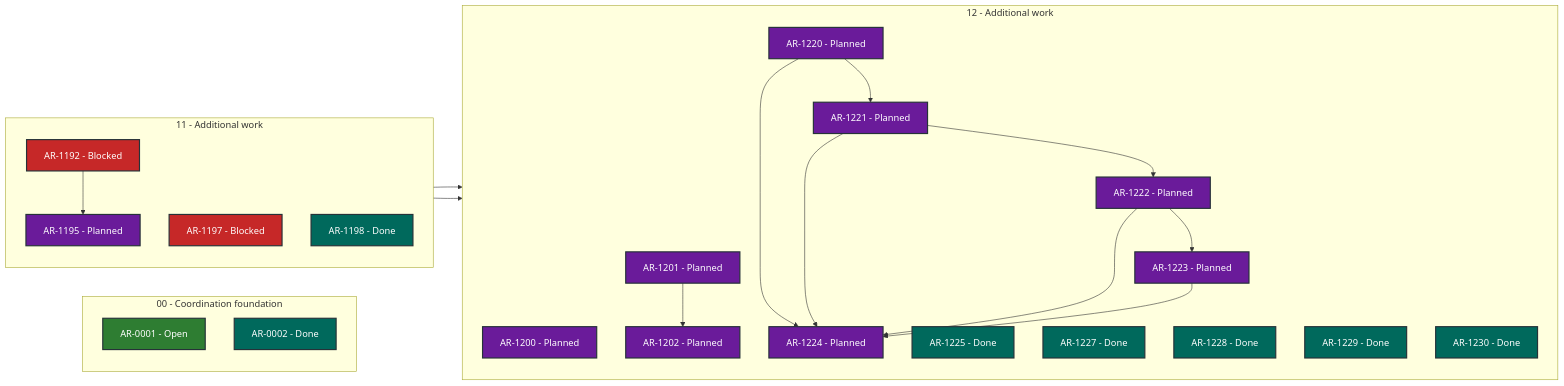
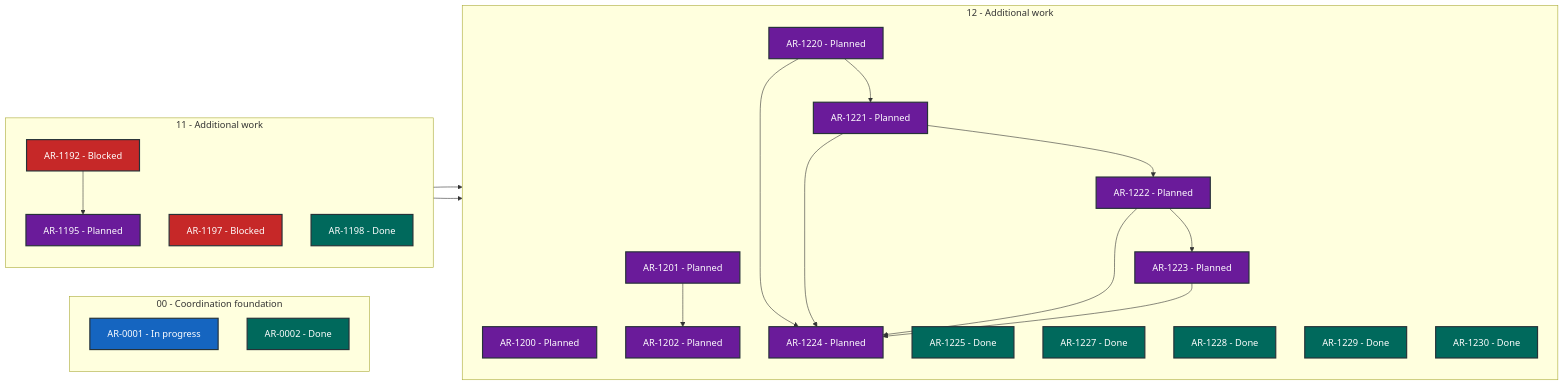
One commit to martin-beck/asb-tui-state changed the diagram in STATUS.md. Above: the diagram before and after it, drawn with Mermaid. The commit also changed other lines of this file and 2 other files, not shown here.

````diff
--- a/STATUS.md
+++ b/STATUS.md
@@ -27,50 +27,50 @@
 ```mermaid
 flowchart LR
     subgraph series_00["00 - Coordination foundation"]
         direction TB
-        AR_0001["AR-0001 - Open"]:::status_open
+        AR_0001["AR-0001 - In progress"]:::status_in_progress
         AR_0002["AR-0002 - Done"]:::status_done
     end
     subgraph series_11["11 - Additional work"]
         direction TB
         AR_1192["AR-1192 - Blocked"]:::status_blocked
         AR_1195["AR-1195 - Planned"]:::status_planned
         AR_1197["AR-1197 - Blocked"]:::status_blocked
         AR_1198["AR-1198 - Done"]:::status_done
     end
     subgraph series_12["12 - Additional work"]
         direction TB
         AR_1200["AR-1200 - Planned"]:::status_planned
         AR_1201["AR-1201 - Planned"]:::status_planned
         AR_1202["AR-1202 - Planned"]:::status_planned
         AR_1220["AR-1220 - Planned"]:::status_planned
         AR_1221["AR-1221 - Planned"]:::status_planned
         AR_1222["AR-1222 - Planned"]:::status_planned
         AR_1223["AR-1223 - Planned"]:::status_planned
         AR_1224["AR-1224 - Planned"]:::status_planned
         AR_1225["AR-1225 - Done"]:::status_done
         AR_1227["AR-1227 - Done"]:::status_done
         AR_1228["AR-1228 - Done"]:::status_done
         AR_1229["AR-1229 - Done"]:::status_done
         AR_1230["AR-1230 - Done"]:::status_done
     end
     AR_1192 --> AR_1195
     AR_1195 --> AR_1200
     AR_1197 --> AR_1201
     AR_1201 --> AR_1202
     AR_1220 --> AR_1221
     AR_1220 --> AR_1224
     AR_1221 --> AR_1222
     AR_1221 --> AR_1224
     AR_1222 --> AR_1223
     AR_1222 --> AR_1224
     AR_1223 --> AR_1224
     classDef status_in_progress fill:#1565c0,color:#ffffff,stroke:#263238,stroke-width:2px
     classDef status_open fill:#2e7d32,color:#ffffff,stroke:#263238,stroke-width:2px
     classDef status_blocked fill:#c62828,color:#ffffff,stroke:#263238,stroke-width:2px
     classDef status_planned fill:#6a1b9a,color:#ffffff,stroke:#263238,stroke-width:2px
     classDef status_future fill:#455a64,color:#ffffff,stroke:#263238,stroke-width:2px
     classDef status_done fill:#00695c,color:#ffffff,stroke:#263238,stroke-width:2px
     classDef status_cancelled fill:#616161,color:#ffffff,stroke:#263238,stroke-width:2px
     classDef status_superseded fill:#5d4037,color:#ffffff,stroke:#263238,stroke-width:2px
 ```
````
